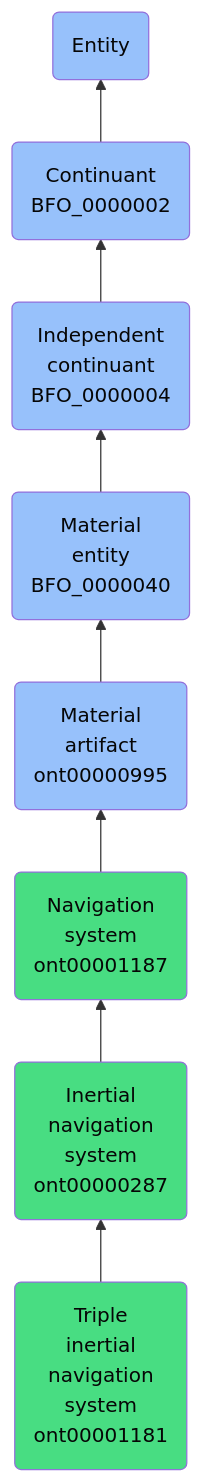
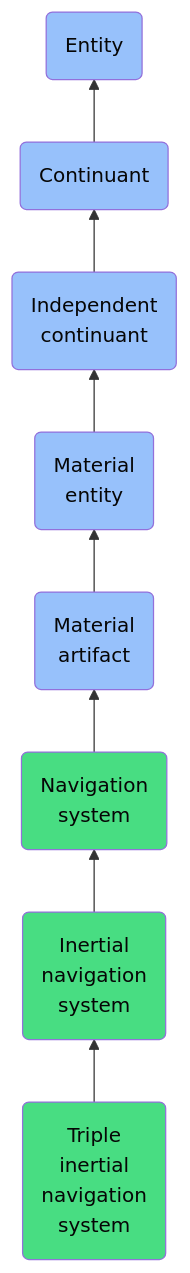
Before and after one commit to jupyter-naas/abi: the diagram in docs/ontology/reference/model/Entity/Continuant/Independent continuant/Material entity/Material artifact/Navigation system/Inertial navigation system/Triple inertial navigation system/Triple inertial navigation system.md, drawn with Mermaid. The commit also changed other lines of this file and 1430 other files, not shown here.

````diff
--- a/docs/ontology/reference/model/Entity/Continuant/Independent continuant/Material entity/Material artifact/Navigation system/Inertial navigation system/Triple inertial navigation system/Triple inertial navigation system.md
+++ b/docs/ontology/reference/model/Entity/Continuant/Independent continuant/Material entity/Material artifact/Navigation system/Inertial navigation system/Triple inertial navigation system/Triple inertial navigation system.md
@@ -24,15 +24,15 @@
 ```mermaid
 graph BT
-    ont00001181(Triple<br>inertial<br>navigation<br>system<br>ont00001181):::ABI-->ont00000287
-    ont00000287(Inertial<br>navigation<br>system<br>ont00000287):::ABI-->ont00001187
-    ont00001187(Navigation<br>system<br>ont00001187):::ABI-->ont00000995
-    ont00000995(Material<br>artifact<br>ont00000995):::BFO-->BFO_0000040
-    BFO_0000040(Material<br>entity<br>BFO_0000040):::BFO-->BFO_0000004
-    BFO_0000004(Independent<br>continuant<br>BFO_0000004):::BFO-->BFO_0000002
-    BFO_0000002(Continuant<br>BFO_0000002):::BFO-->BFO_0000001
+    ont00001181(Triple<br>inertial<br>navigation<br>system):::ABI-->ont00000287
+    ont00000287(Inertial<br>navigation<br>system):::ABI-->ont00001187
+    ont00001187(Navigation<br>system):::ABI-->ont00000995
+    ont00000995(Material<br>artifact):::BFO-->BFO_0000040
+    BFO_0000040(Material<br>entity):::BFO-->BFO_0000004
+    BFO_0000004(Independent<br>continuant):::BFO-->BFO_0000002
+    BFO_0000002(Continuant):::BFO-->BFO_0000001
     BFO_0000001(Entity):::BFO
     
     classDef BFO fill:#97c1fb,color:#060606
     classDef CCO fill:#e4c51e,color:#060606
     classDef ABI fill:#48DD82,color:#060606
 ```
````
